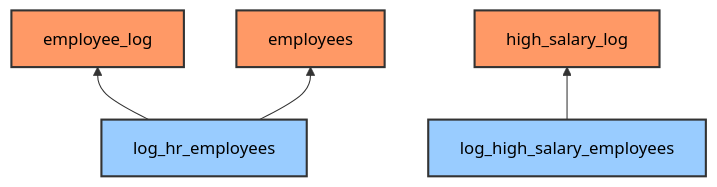
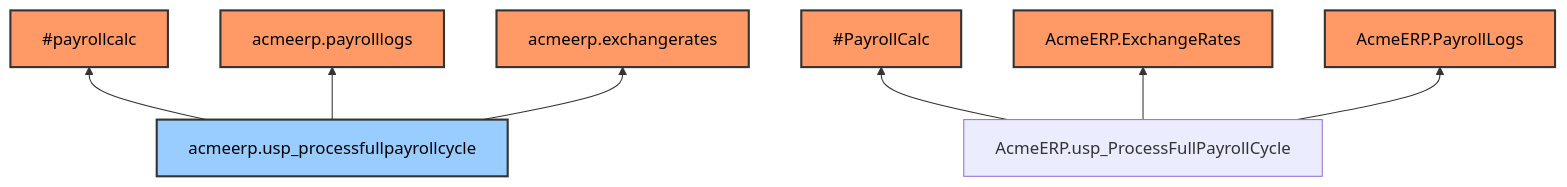
The diagram in diagrams/lineage.md (25Jayesh10/Data_Lineage_Analyzer), drawn with Mermaid before and after one commit. The commit also changed 22 other files, not shown here.

````diff
--- a/diagrams/lineage.md
+++ b/diagrams/lineage.md
@@ -1,11 +1,14 @@
 ```mermaid
 graph BT
     %% Node styles
     classDef table fill:#f96,stroke:#333,stroke-width:2px,color:#000;
     classDef stored_proc fill:#9cf,stroke:#333,stroke-width:2px ,color:#000;
-    log_hr_employees --> employee_log
-    log_hr_employees --> employees
-    log_high_salary_employees --> high_salary_log
-    class high_salary_log,employees,employee_log table;
-    class log_hr_employees,log_high_salary_employees stored_proc;
+    acmeerp.usp_processfullpayrollcycle --> #payrollcalc
+    acmeerp.usp_processfullpayrollcycle --> acmeerp.payrolllogs
+    acmeerp.usp_processfullpayrollcycle --> acmeerp.exchangerates
+    AcmeERP.usp_ProcessFullPayrollCycle --> #PayrollCalc
+    AcmeERP.usp_ProcessFullPayrollCycle --> AcmeERP.ExchangeRates
+    AcmeERP.usp_ProcessFullPayrollCycle --> AcmeERP.PayrollLogs
+    class AcmeERP.PayrollLogs,acmeerp.payrolllogs,#payrollcalc,acmeerp.exchangerates,#PayrollCalc,AcmeERP.ExchangeRates table;
+    class acmeerp.usp_processfullpayrollcycle stored_proc;
 ```
````
